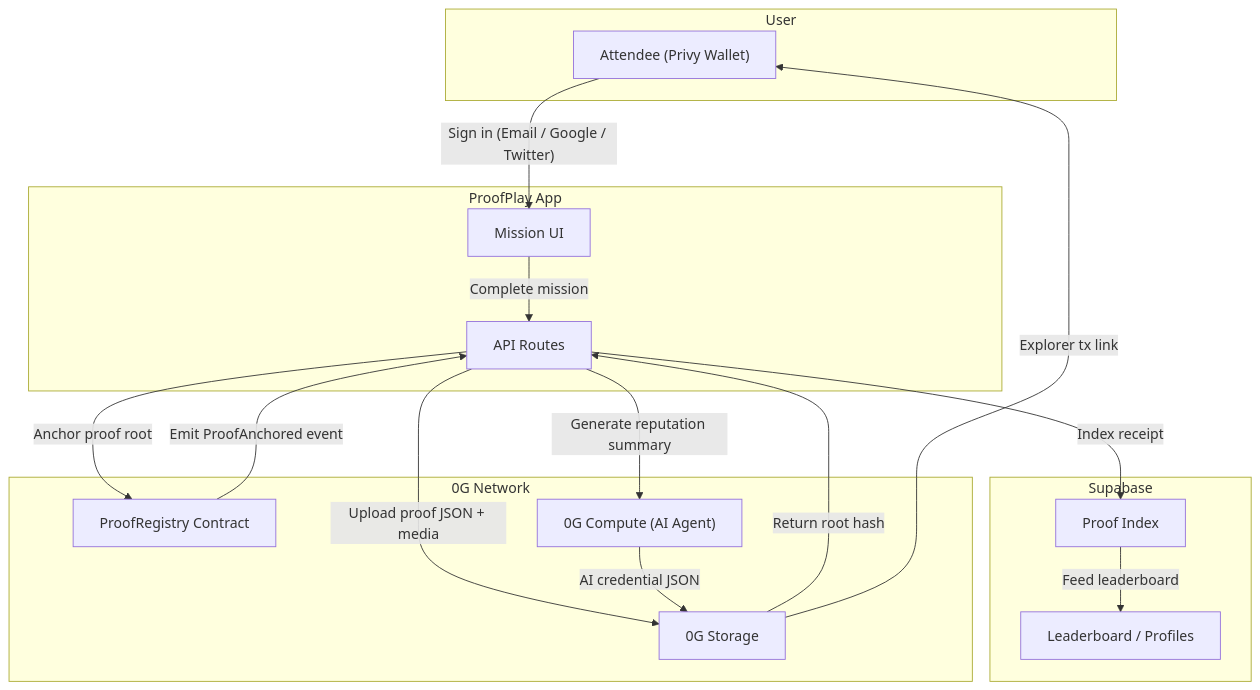
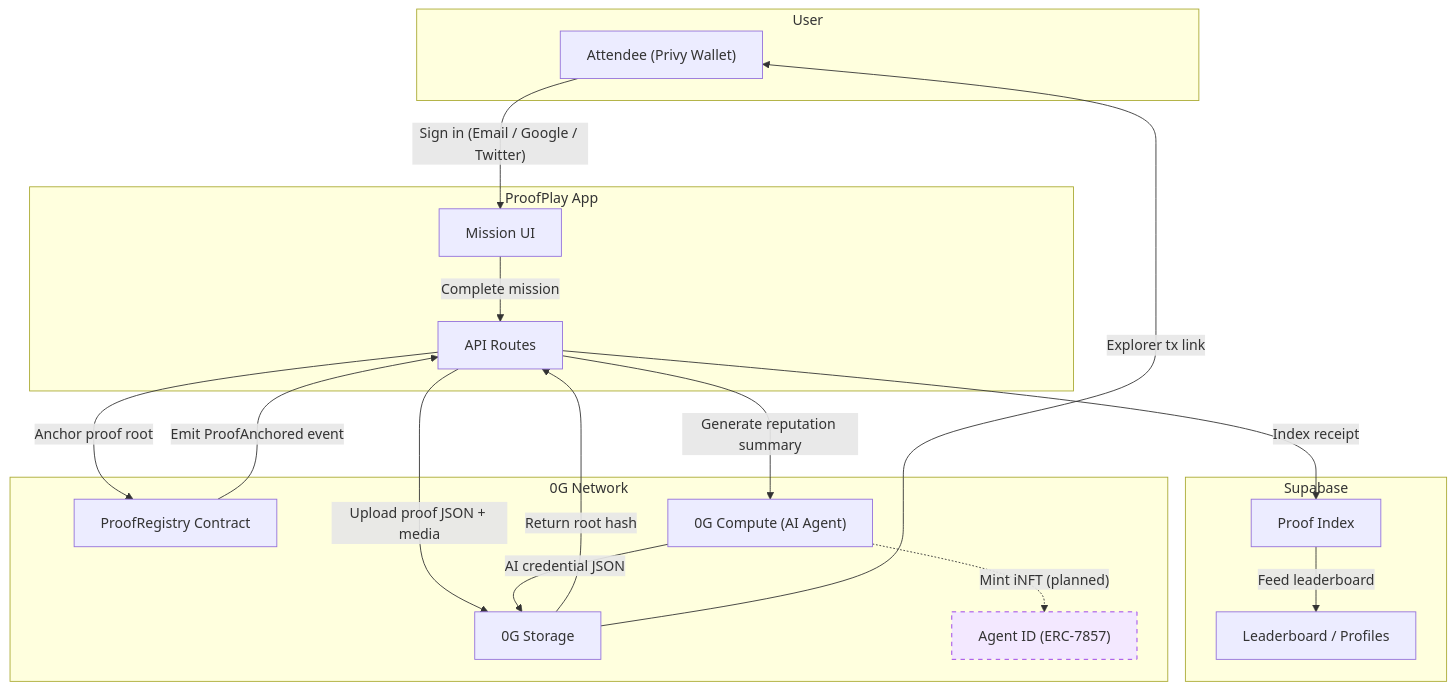
Before and after one commit to JWattjr/Proofplay: the diagram in README.md, drawn with Mermaid. The commit also changed other lines of this file, not shown here.

Commit message:
docs: restructure README with pitch, 0G component table, Agent ID roadmap

````diff
--- a/README.md
+++ b/README.md
@@ -13,34 +27,38 @@
 ```mermaid
 flowchart TD
     subgraph User
         A["Attendee (Privy Wallet)"]
     end
 
     subgraph ProofPlay App
         B["Mission UI"]
         C["API Routes"]
     end
 
     subgraph Supabase
         D["Proof Index"]
         E["Leaderboard / Profiles"]
     end
 
     subgraph 0G Network
         F["0G Storage"]
         G["ProofRegistry Contract"]
         H["0G Compute (AI Agent)"]
+        I["Agent ID (ERC-7857)"]:::planned
     end
+
+    classDef planned stroke-dasharray: 5 5,stroke:#9333ea,fill:#f3e8ff
 
     A -->|"Sign in (Email / Google / Twitter)"| B
     B -->|"Complete mission"| C
     C -->|"Upload proof JSON + media"| F
     F -->|"Return root hash"| C
     C -->|"Anchor proof root"| G
     G -->|"Emit ProofAnchored event"| C
     C -->|"Index receipt"| D
     D -->|"Feed leaderboard"| E
     C -->|"Generate reputation summary"| H
     H -->|"AI credential JSON"| F
+    H -.->|"Mint iNFT (planned)"| I
     F -->|"Explorer tx link"| A
 ```
````
